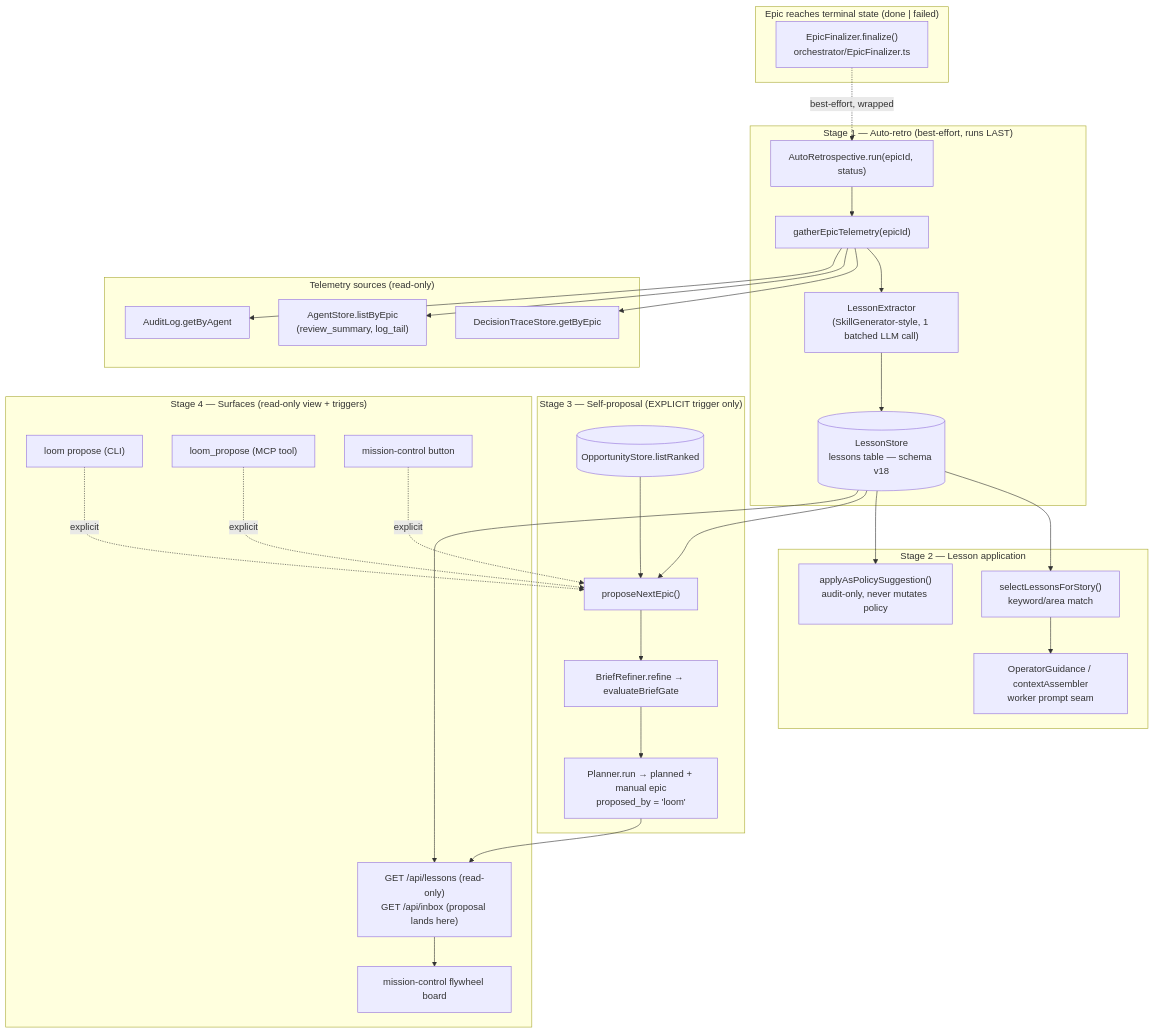
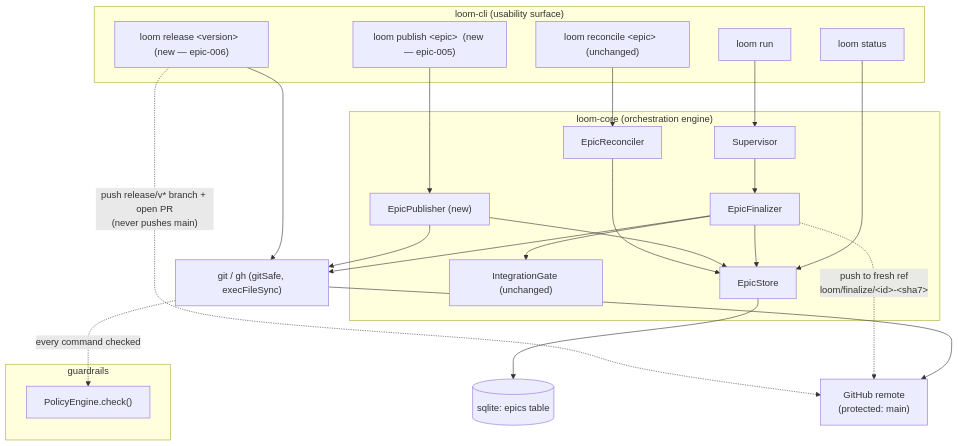
One commit to jeromeportega/loom changed the first of 2 diagrams in .loom_outputs/epic-005/architecture.md. Above: the diagram before and after it, drawn with Mermaid. The commit also changed other lines of this file and 3 other files, not shown here.

Commit message:
loom: planning artifacts for epic-005

````diff
--- a/.loom_outputs/epic-005/architecture.md
+++ b/.loom_outputs/epic-005/architecture.md
@@ -18,51 +25,46 @@
 ```mermaid
-flowchart TB
-    subgraph terminal["Epic reaches terminal state (done | failed)"]
-        EF["EpicFinalizer.finalize()\norchestrator/EpicFinalizer.ts"]
-    end
+flowchart TD
+  subgraph CLI["loom-cli (usability surface)"]
+    run["loom run"]
+    publish["loom publish &lt;epic&gt;  (new — epic-005)"]
+    reconcile["loom reconcile &lt;epic&gt;  (unchanged)"]
+    release["loom release &lt;version&gt;  (new — epic-006)"]
+    status["loom status"]
+  end
 
-    subgraph retro["Stage 1 — Auto-retro (best-effort, runs LAST)"]
-        AR["AutoRetrospective.run(epicId, status)"]
-        GT["gatherEpicTelemetry(epicId)"]
-        LE["LessonExtractor\n(SkillGenerator-style, 1 batched LLM call)"]
-        LS[("LessonStore\nlessons table — schema v18")]
-        EF -.best-effort, wrapped.-> AR
-        AR --> GT --> LE --> LS
-    end
+  subgraph Core["loom-core (orchestration engine)"]
+    sup["Supervisor"]
+    fin["EpicFinalizer"]
+    rec["EpicReconciler"]
+    pub["EpicPublisher (new)"]
+    gate["IntegrationGate (unchanged)"]
+    store["EpicStore"]
+  end
 
-    subgraph sources["Telemetry sources (read-only)"]
-        DT["DecisionTraceStore.getByEpic"]
-        AG["AgentStore.listByEpic\n(review_summary, log_tail)"]
-        AU["AuditLog.getByAgent"]
-        GT --> DT & AG & AU
-    end
+  subgraph Guard["guardrails"]
+    pol["PolicyEngine.check()"]
+  end
 
-    subgraph apply["Stage 2 — Lesson application"]
-        MATCH["selectLessonsForStory()\nkeyword/area match"]
-        OG["OperatorGuidance / contextAssembler\nworker prompt seam"]
-        POL["applyAsPolicySuggestion()\naudit-only, never mutates policy"]
-        LS --> MATCH --> OG
-        LS --> POL
-    end
+  db[("sqlite: epics table")]
+  git["git / gh (gitSafe, execFileSync)"]
+  remote["GitHub remote\n(protected: main)"]
 
-    subgraph propose["Stage 3 — Self-proposal (EXPLICIT trigger only)"]
-        PNE["proposeNextEpic()"]
-        OPP[("OpportunityStore.listRanked")]
-        BR["BriefRefiner.refine → evaluateBriefGate"]
-        PL["Planner.run → planned + manual epic\nproposed_by = 'loom'"]
-        LS --> PNE
-        OPP --> PNE
-        PNE --> BR --> PL
-    end
+  run --> sup --> fin
+  publish --> pub
+  reconcile --> rec
+  release --> git
+  status --> store
 
-    subgraph surfaces["Stage 4 — Surfaces (read-only view + triggers)"]
-        API["GET /api/lessons (read-only)\nGET /api/inbox (proposal lands here)"]
-        BOARD["mission-control flywheel board"]
-        CLI["loom propose (CLI)"]
-        MCP["loom_propose (MCP tool)"]
-        BTN["mission-control button"]
-        LS --> API --> BOARD
-        PL --> API
-        CLI & MCP & BTN -.explicit.-> PNE
-    end
+  fin --> gate
+  fin --> store
+  pub --> store
+  rec --> store
+  fin --> git
+  pub --> git
+  git -. "every command checked" .-> pol
+  git --> remote
+  store --> db
+
+  fin -. "push to fresh ref\nloom/finalize/&lt;id&gt;-&lt;sha7&gt;" .-> remote
+  release -. "push release/v* branch + open PR\n(never pushes main)" .-> remote
 ```
````
